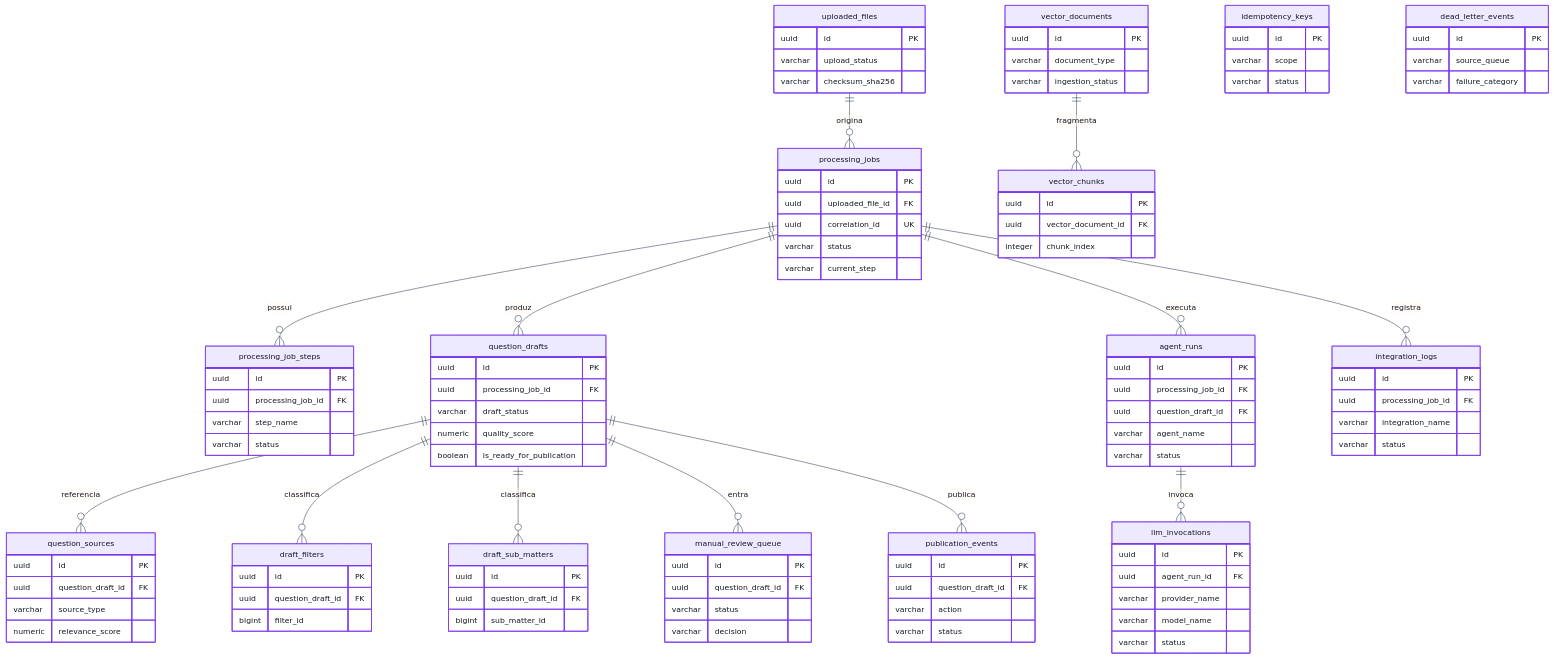
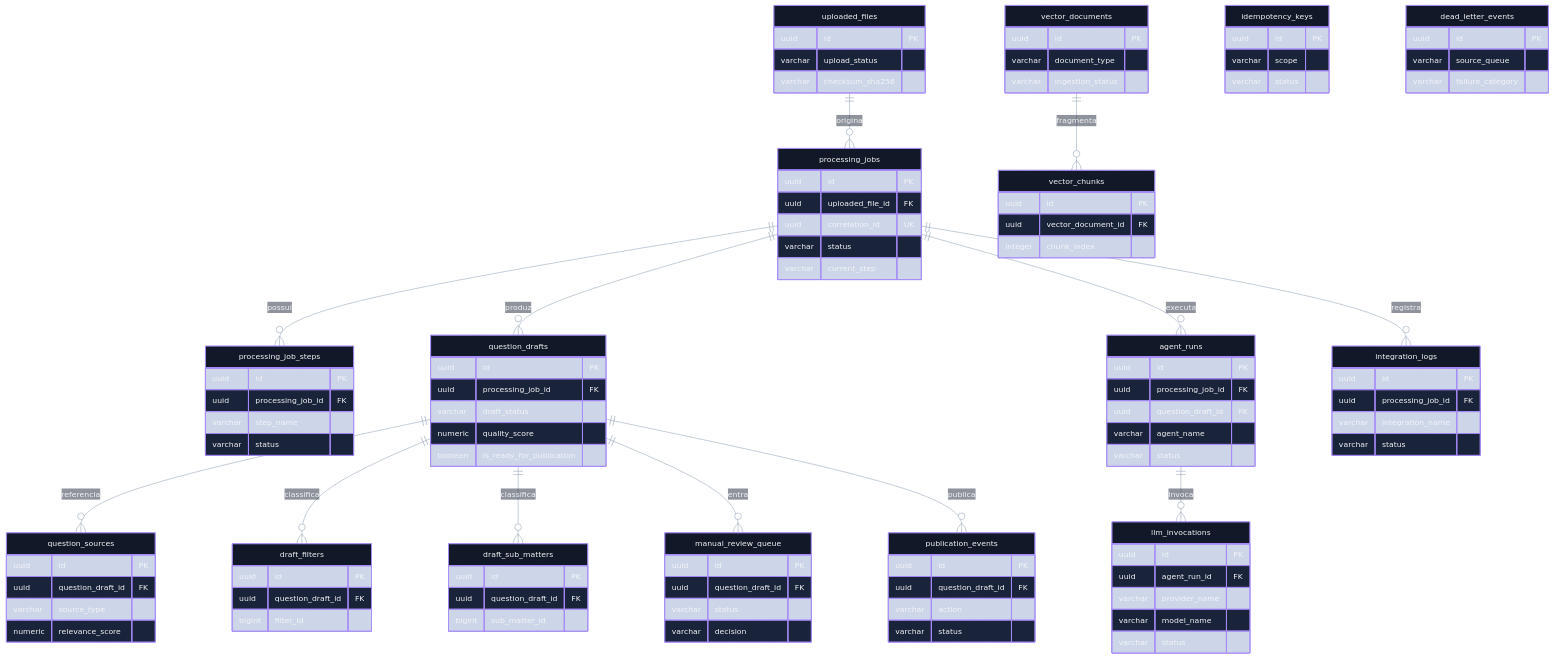
One commit to matheusdiamantino-betalent/IA changed the fifth of 6 diagrams in README.md. Above: the diagram before and after it, drawn with Mermaid. The commit also changed other lines of this file, not shown here.

```diff
--- a/README.md
+++ b/README.md
@@ -826,12 +869,19 @@
 %%{init: {
   "theme": "base",
   "themeVariables": {
-    "primaryColor": "#ede9fe",
-    "primaryTextColor": "#111827",
-    "primaryBorderColor": "#7c3aed",
-    "lineColor": "#334155",
-    "secondaryColor": "#dcfce7",
-    "tertiaryColor": "#fff7ed",
+    "background": "#020617",
+    "primaryColor": "#111827",
+    "primaryTextColor": "#f3f4f6",
+    "primaryBorderColor": "#a78bfa",
+    "lineColor": "#94a3b8",
+    "secondaryColor": "#0f172a",
+    "secondaryTextColor": "#e5e7eb",
+    "secondaryBorderColor": "#34d399",
+    "tertiaryColor": "#1e293b",
+    "tertiaryTextColor": "#f8fafc",
+    "noteBkgColor": "#1e293b",
+    "noteTextColor": "#e2e8f0",
+    "noteBorderColor": "#fbbf24",
     "fontSize": "14px"
   }
 }}%%
```
